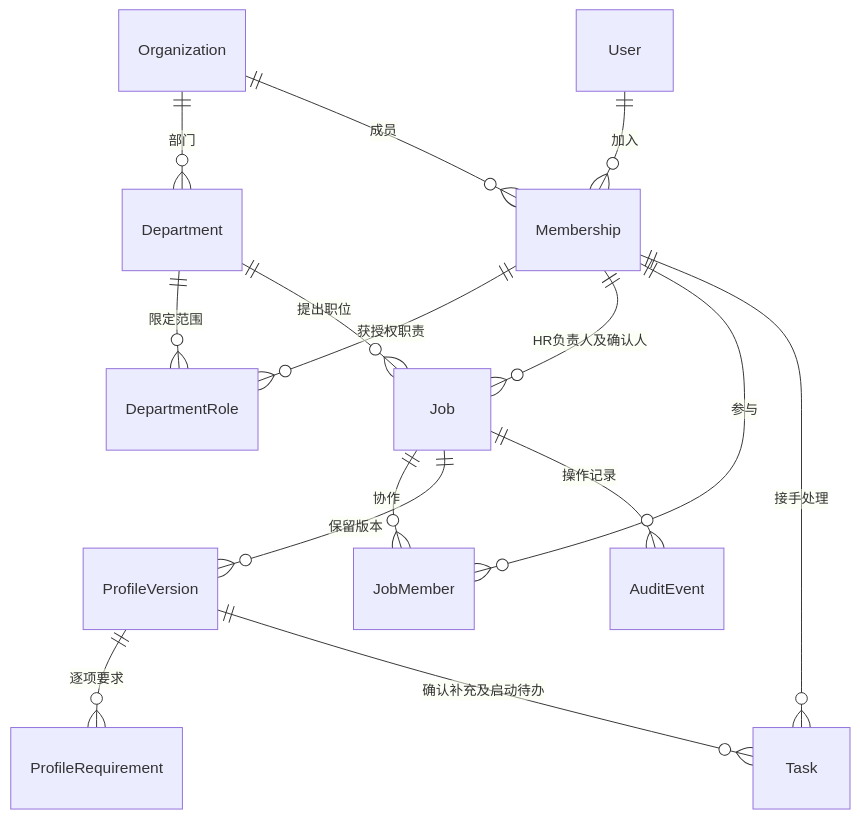
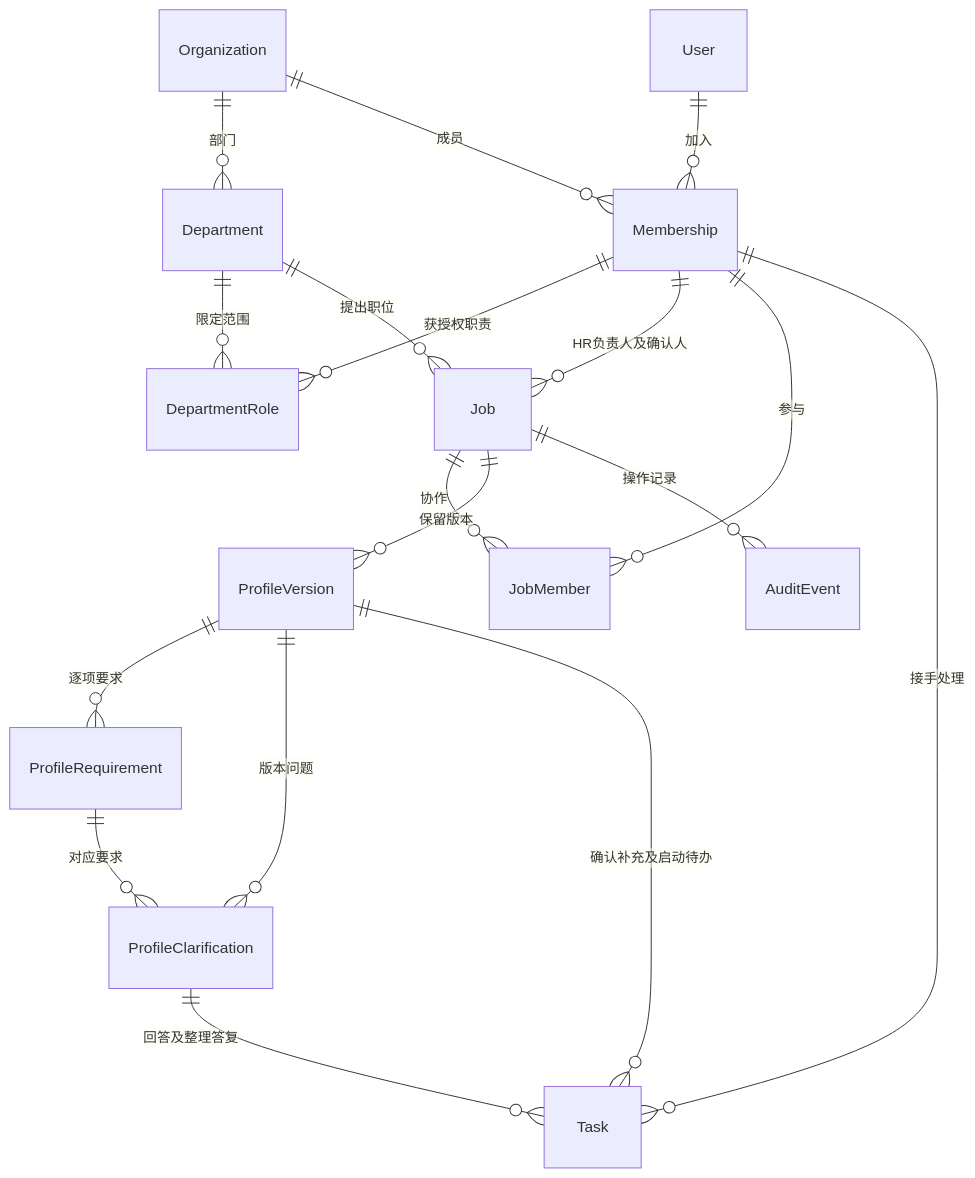
One commit to LinYiXin123/AI-Recruitment-System changed the diagram in docs/产品设计/08_第一步实施交付记录.md. Above: the diagram before and after it, drawn with Mermaid. The commit also changed other lines of this file and 17 other files, not shown here.

````diff
--- a/docs/产品设计/08_第一步实施交付记录.md
+++ b/docs/产品设计/08_第一步实施交付记录.md
@@ -25,17 +25,20 @@
 ```mermaid
 erDiagram
     Organization ||--o{ Department : 部门
     Organization ||--o{ Membership : 成员
     User ||--o{ Membership : 加入
     Membership ||--o{ DepartmentRole : 获授权职责
     Department ||--o{ DepartmentRole : 限定范围
     Department ||--o{ Job : 提出职位
     Membership ||--o{ Job : HR负责人及确认人
     Job ||--o{ JobMember : 协作
     Membership ||--o{ JobMember : 参与
     Job ||--o{ ProfileVersion : 保留版本
     ProfileVersion ||--o{ ProfileRequirement : 逐项要求
+    ProfileVersion ||--o{ ProfileClarification : 版本问题
+    ProfileRequirement ||--o{ ProfileClarification : 对应要求
+    ProfileClarification ||--o{ Task : 回答及整理答复
     ProfileVersion ||--o{ Task : 确认补充及启动待办
     Membership ||--o{ Task : 接手处理
     Job ||--o{ AuditEvent : 操作记录
 ```
````
